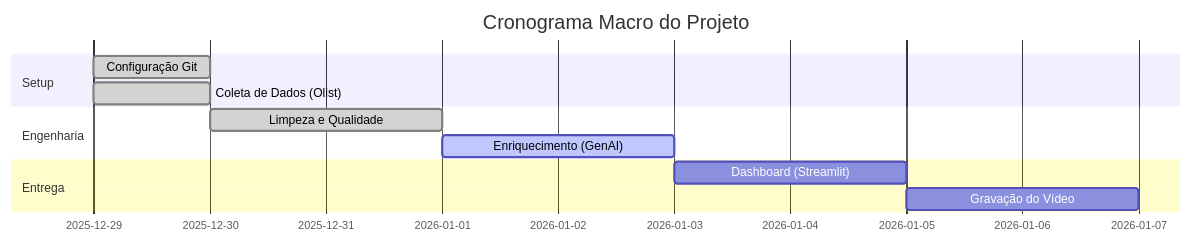
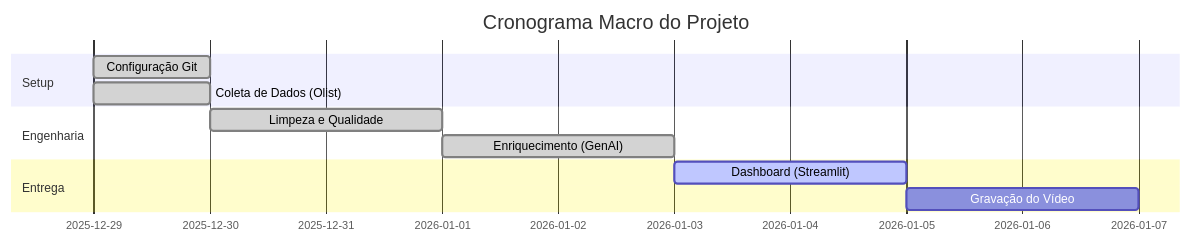
The diagram in docs/planejamento.md (Luizrev/LUIZ_SOUZA_DDF_TECH_122025), drawn with Mermaid before and after one commit. The commit also changed other lines of this file, not shown here.

Commit message:
Atualizando o planejamento: movendo tarefas para "Em Progresso" e ajustando status no cronograma

````diff
--- a/docs/planejamento.md
+++ b/docs/planejamento.md
@@ -27,14 +27,14 @@
 ```mermaid
 gantt
     title Cronograma Macro do Projeto
     dateFormat  YYYY-MM-DD
     section Setup
     Configuração Git          :done,    des1, 2025-12-29, 1d
     Coleta de Dados (Olist)   :done,    des2, 2025-12-29, 1d
     section Engenharia
     Limpeza e Qualidade       :done,  des3, after des2, 2d
-    Enriquecimento (GenAI)    :active,des4, after des3, 2d
+    Enriquecimento (GenAI)    :done,des4, after des3, 2d
     section Entrega
-    Dashboard (Streamlit)     :         des5, after des4, 2d
+    Dashboard (Streamlit)     :active,  des5, after des4, 2d
     Gravação do Vídeo         :         des6, after des5, 2d
 ```
````
